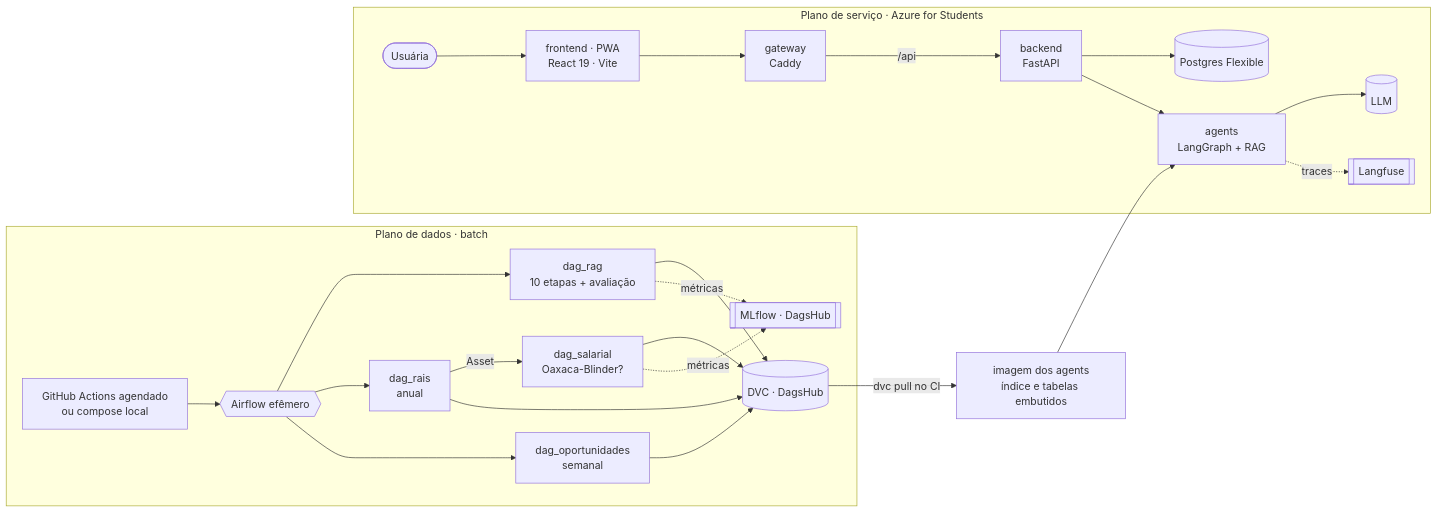
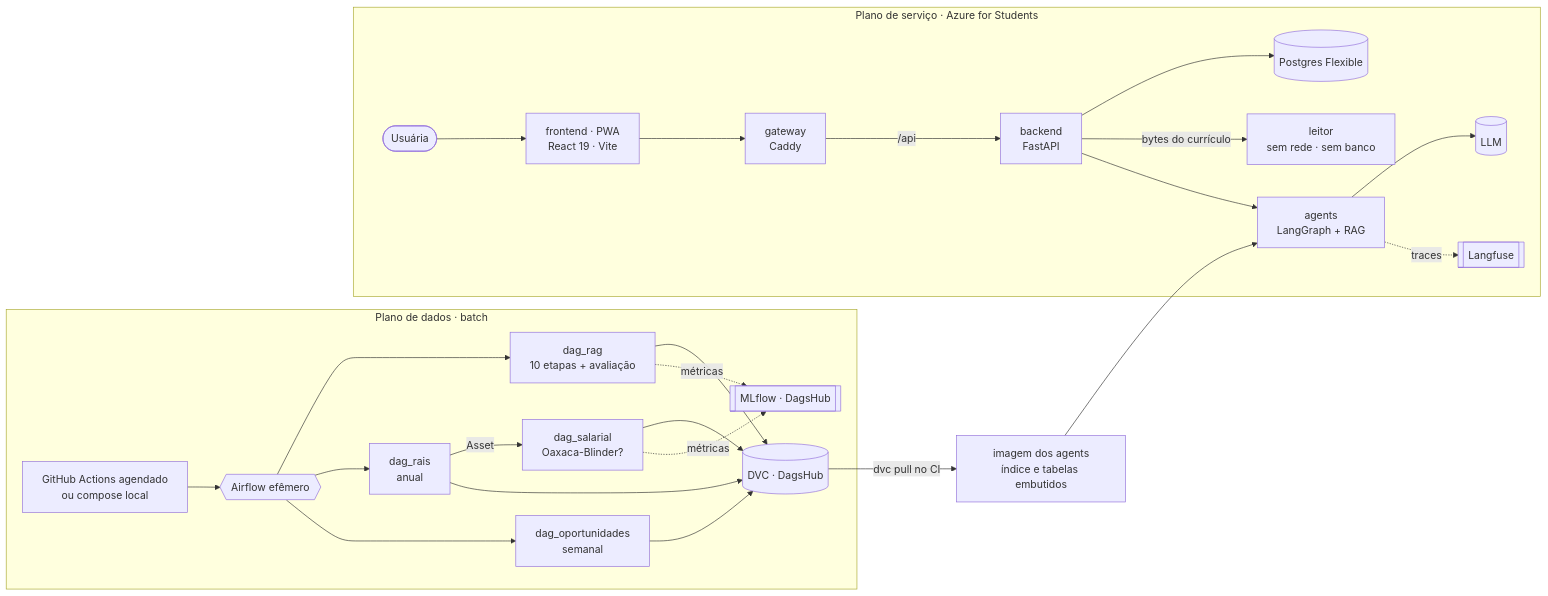
Before and after one commit to ArtemisHubApp/artemishub_docs: the diagram in docs/arquitetura/implantacao.md, drawn with Mermaid. The commit also changed other lines of this file and 1 other file, not shown here.

First line of the commit message:
docs: leitor de currículo e currículo sem arquivo no ADR-012

````diff
--- a/docs/arquitetura/implantacao.md
+++ b/docs/arquitetura/implantacao.md
@@ -17,23 +17,24 @@
 ```mermaid
 flowchart LR
     subgraph Dados["Plano de dados · batch"]
         GA[GitHub Actions agendado<br/>ou compose local] --> AF{{Airflow efêmero}}
         AF --> D1[dag_rag<br/>10 etapas + avaliação]
         AF --> D2[dag_rais<br/>anual]
         D2 -- Asset --> D3[dag_salarial<br/>Oaxaca-Blinder?]
         AF --> D4[dag_oportunidades<br/>semanal]
         D1 & D2 & D3 & D4 --> DVC[(DVC · DagsHub)]
         D1 & D3 -. métricas .-> MLF[[MLflow · DagsHub]]
     end
     DVC -- dvc pull no CI --> IMG[imagem dos agents<br/>índice e tabelas embutidos]
     subgraph Servico["Plano de serviço · Azure for Students"]
         U([Usuária]) --> FE[frontend · PWA<br/>React 19 · Vite]
         FE --> GW[gateway<br/>Caddy]
         GW -- /api --> BE[backend<br/>FastAPI]
         BE --> PG[(Postgres Flexible)]
+        BE -- bytes do currículo --> LE[leitor<br/>sem rede · sem banco]
         BE --> AG[agents<br/>LangGraph + RAG]
         AG --> LLM[(LLM)]
         AG -. traces .-> LF[[Langfuse]]
     end
     IMG --> AG
 ```
````
